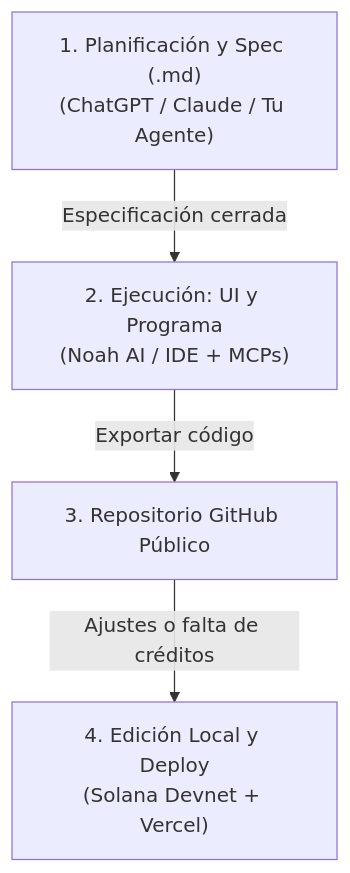
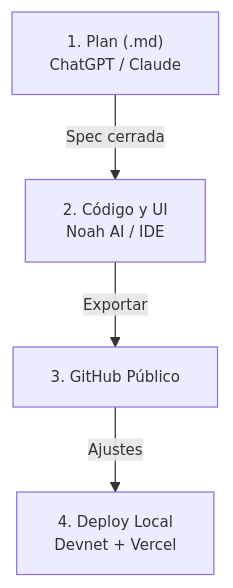
One commit to kernel-devs-lab/lab changed the diagram in rust bootcamp/resumen/11-vibecode-solana.md. Above: the diagram before and after it, drawn with Mermaid. The commit also changed 4 other files, not shown here.

Commit message:
fix(docs): acortar etiquetas y ajustar fuente en diagramas mermaid

````diff
--- a/rust bootcamp/resumen/11-vibecode-solana.md
+++ b/rust bootcamp/resumen/11-vibecode-solana.md
@@ -34,6 +34,7 @@
 ```mermaid
+%%{init: {'themeVariables': {'fontSize': '12px', 'fontFamily': 'arial'}}}%%
 flowchart TD
-    P["1. Planificación y Spec (.md)<br/>(ChatGPT / Claude / Tu Agente)"] -->|"Especificación cerrada"| E["2. Ejecución: UI y Programa<br/>(Noah AI / IDE + MCPs)"]
-    E -->|"Exportar código"| GH["3. Repositorio GitHub Público"]
-    GH -->|"Ajustes o falta de créditos"| Local["4. Edición Local y Deploy<br/>(Solana Devnet + Vercel)"]
+    P["1. Plan (.md)<br/>ChatGPT / Claude"] -->|"Spec cerrada"| E["2. Código y UI<br/>Noah AI / IDE"]
+    E -->|"Exportar"| GH["3. GitHub Público"]
+    GH -->|"Ajustes"| Local["4. Deploy Local<br/>Devnet + Vercel"]
 ```
````
